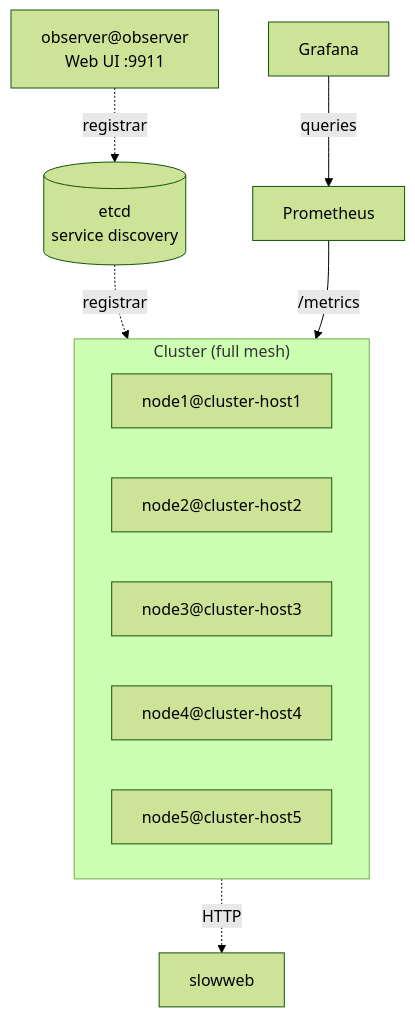
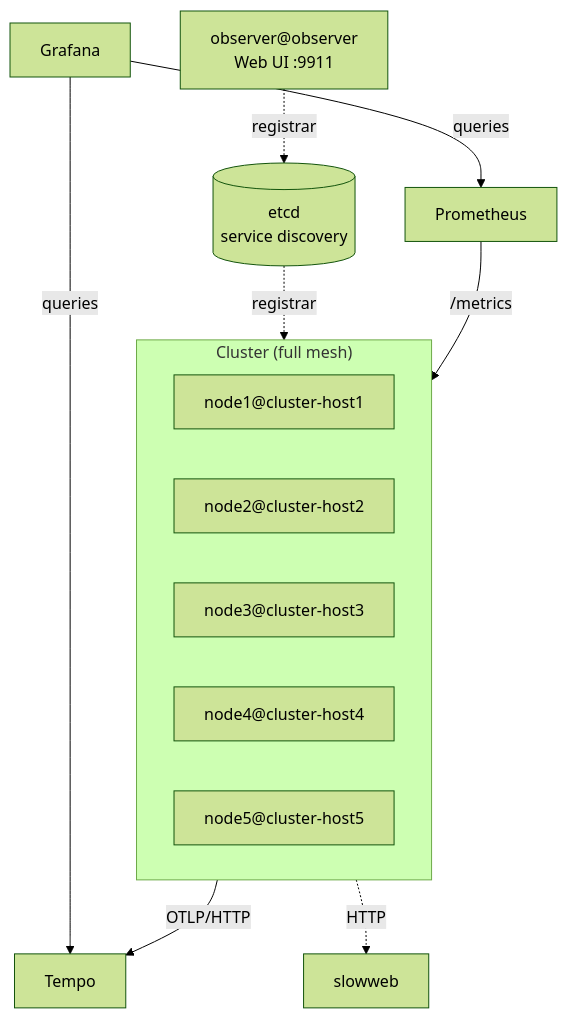
Before and after one commit to ergo-services/examples: the diagram in observability/README.md, drawn with Mermaid (forest theme). The commit also changed other lines of this file and 20 other files, not shown here.

````diff
--- a/observability/README.md
+++ b/observability/README.md
@@ -67,20 +83,22 @@
 ```mermaid
 graph TB
     etcd[("etcd
     service discovery")]
 
     subgraph Cluster["Cluster (full mesh)"]
         cn1["node1@cluster-host1"]
         cn2["node2@cluster-host2"]
         cn3["node3@cluster-host3"]
         cn4["node4@cluster-host4"]
         cn5["node5@cluster-host5"]
     end
 
     etcd -. registrar .-> Cluster
     grafana["Grafana"] -- queries --> prometheus["Prometheus"]
+    grafana -- queries --> tempo["Tempo"]
     prometheus -- "/metrics" --> Cluster
+    Cluster -- "OTLP/HTTP" --> tempo
     Cluster -. HTTP .-> slowweb["slowweb"]
     obs["observer@observer
     Web UI :9911"] -. registrar .-> etcd
 ```
````
